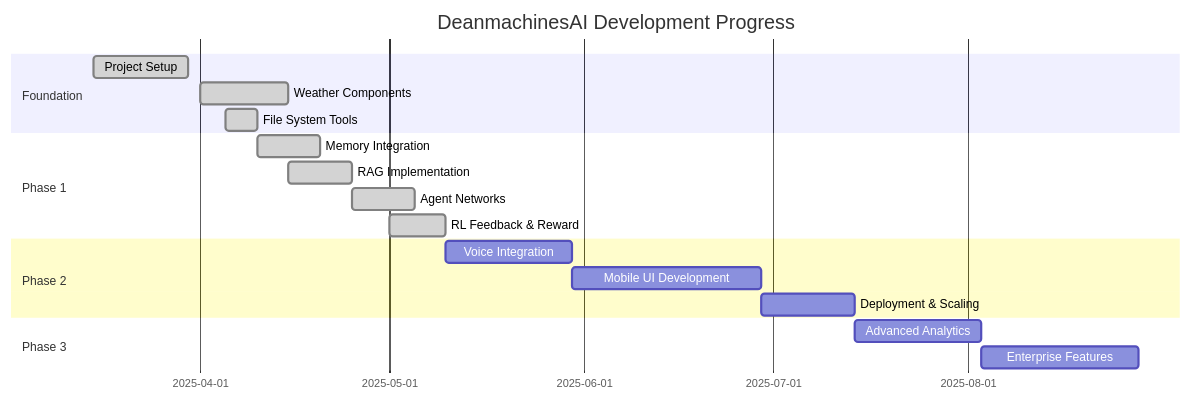
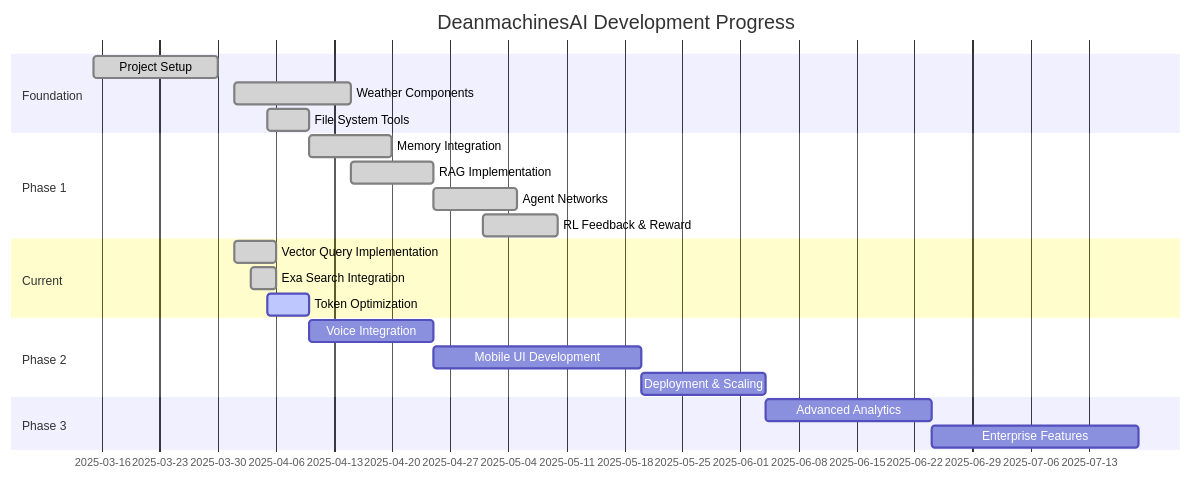
One commit to ssdeanx/DeanmachinesAI changed the second of 4 diagrams in README.md. Above: the diagram before and after it, drawn with Mermaid. The commit also changed other lines of this file and 14 other files, not shown here.

````diff
--- a/README.md
+++ b/README.md
@@ -123,25 +138,30 @@
 ```mermaid
 gantt
     title DeanmachinesAI Development Progress
     dateFormat  YYYY-MM-DD
 
     section Foundation
     Project Setup               :done, setup, 2025-03-15, 2025-03-30
     Weather Components          :done, weather, 2025-04-01, 2025-04-15
     File System Tools           :done, files, 2025-04-05, 2025-04-10
 
     section Phase 1
     Memory Integration          :done, mem, 2025-04-10, 2025-04-20
     RAG Implementation          :done, rag, 2025-04-15, 2025-04-25
     Agent Networks              :done, networks, 2025-04-25, 2025-05-05
     RL Feedback & Reward        :done, rl, 2025-05-01, 2025-05-10
 
+    section Current
+    Vector Query Implementation :done, vquery, 2025-04-01, 2025-04-06
+    Exa Search Integration      :done, exasearch, 2025-04-03, 2025-04-06
+    Token Optimization          :active, tokens, 2025-04-05, 2025-04-10
+
     section Phase 2
-    Voice Integration           :voice, after rl, 20d
-    Mobile UI Development       :mobile, after voice, 30d
+    Voice Integration           :voice, after tokens, 15d
+    Mobile UI Development       :mobile, after voice, 25d
     Deployment & Scaling        :deploy, after mobile, 15d
 
     section Phase 3
     Advanced Analytics          :analytics, after deploy, 20d
     Enterprise Features         :enterprise, after analytics, 25d
 ```
````
